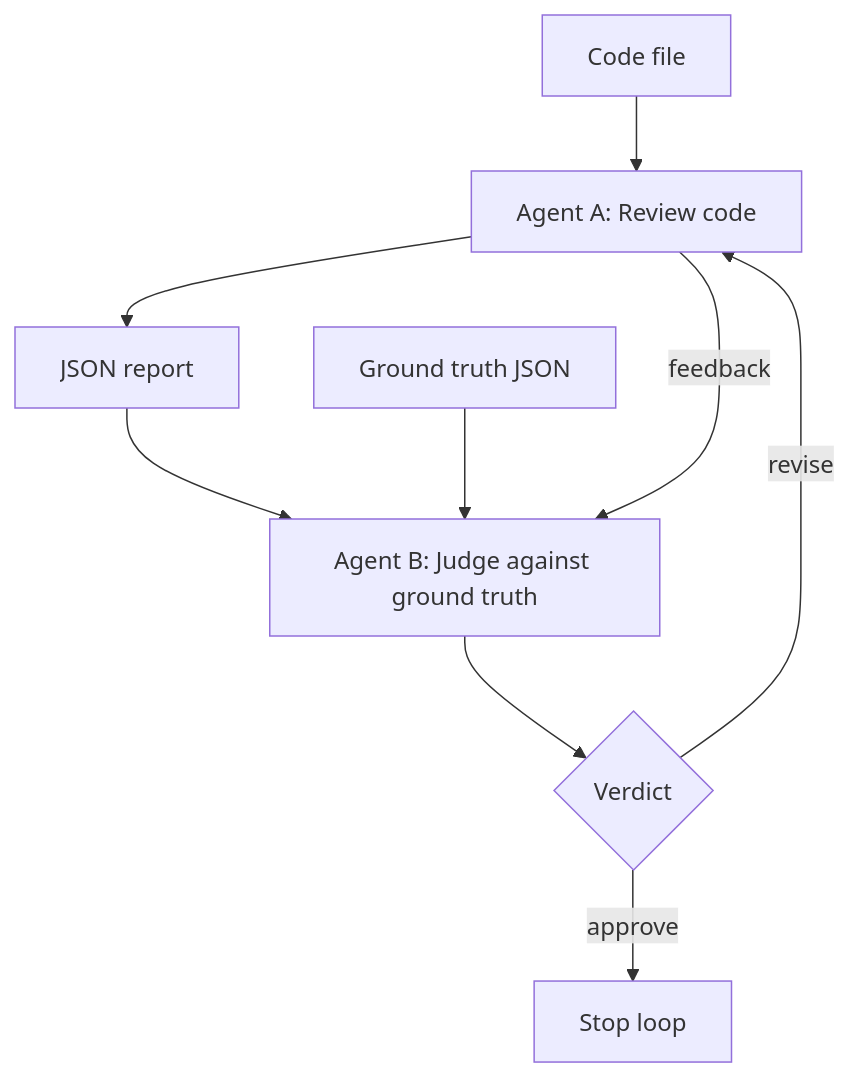
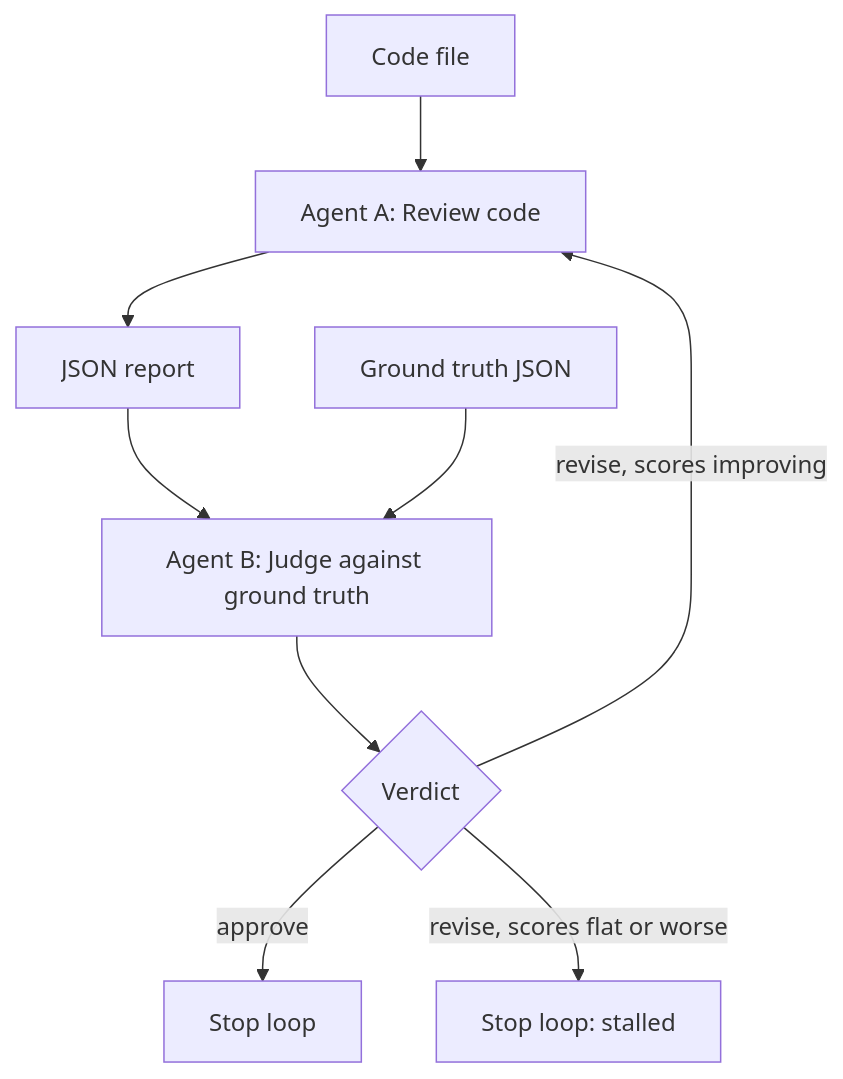
The diagram in README.md (Bharad007/llm-agent-reliability), drawn with Mermaid before and after one commit. The commit also changed other lines of this file, not shown here.

````diff
--- a/README.md
+++ b/README.md
@@ -37,11 +34,11 @@
 ```mermaid
 flowchart TD
     A[Code file] --> A1[Agent A: Review code]
     A1 --> J[JSON report]
     J --> B[Agent B: Judge against ground truth]
     G[Ground truth JSON] --> B
     B --> V{Verdict}
     V -->|approve| OK[Stop loop]
-    V -->|revise| A1
-    A1 -->|feedback| B
+    V -->|revise, scores improving| A1
+    V -->|revise, scores flat or worse| ST[Stop loop: stalled]
 ```
````
